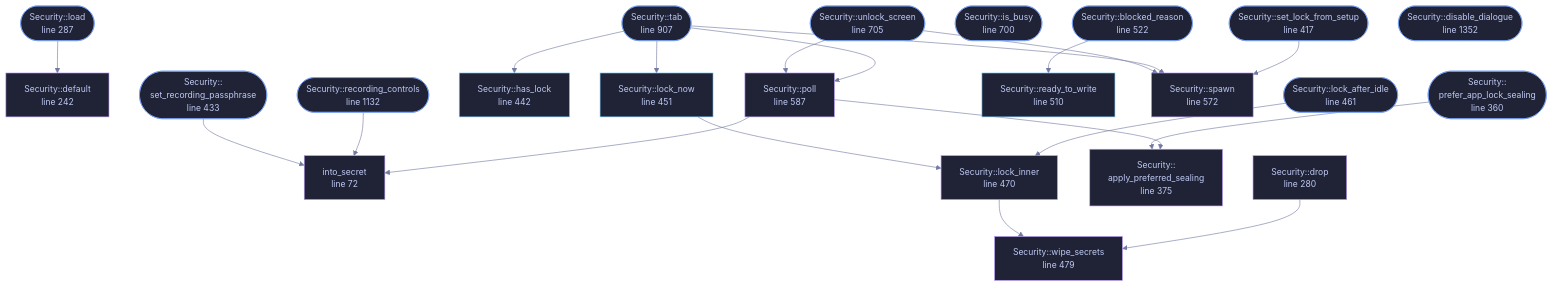
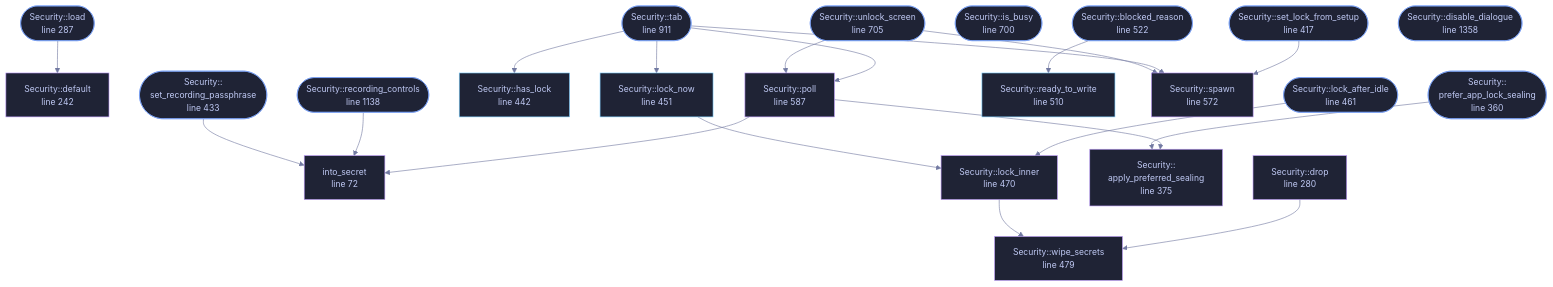
The diagram in docs/files/veilvoice-gui/security.md (tilas01/veilvoice), drawn with Mermaid before and after one commit. The commit also changed other lines of this file and 92 other files, not shown here.

````diff
--- a/docs/files/veilvoice-gui/security.md
+++ b/docs/files/veilvoice-gui/security.md
@@ -150,72 +150,72 @@
 ```mermaid
 %%{init: {"theme":"base","themeVariables":{"background":"#1a1b26","primaryColor":"#1f2335","primaryTextColor":"#c0caf5","primaryBorderColor":"#7aa2f7","secondaryColor":"#16161e","tertiaryColor":"#16161e","lineColor":"#737aa2","textColor":"#c0caf5","mainBkg":"#1f2335","nodeBorder":"#7aa2f7","clusterBkg":"#16161e","clusterBorder":"#2f3549","fontFamily":"ui-monospace, SFMono-Regular, Consolas, monospace","fontSize":"14px"}}}%%
 flowchart TD
     n_into_secret["into_secret<br/>line 72"]
     n_default["Security::default<br/>line 242"]
     n_drop["Security::drop<br/>line 280"]
     n_load(["Security::load<br/>line 287"])
     n_prefer_app_lock_sealing(["Security::<br/>prefer_app_lock_sealing<br/>line 360"])
     n_apply_preferred_sealing["Security::<br/>apply_preferred_sealing<br/>line 375"]
     n_set_lock_from_setup(["Security::set_lock_from_setup<br/>line 417"])
     n_set_recording_passphrase(["Security::<br/>set_recording_passphrase<br/>line 433"])
     n_has_lock["Security::has_lock<br/>line 442"]
     n_lock_now["Security::lock_now<br/>line 451"]
     n_lock_after_idle(["Security::lock_after_idle<br/>line 461"])
     n_lock_inner["Security::lock_inner<br/>line 470"]
     n_wipe_secrets["Security::wipe_secrets<br/>line 479"]
     n_ready_to_write["Security::ready_to_write<br/>line 510"]
     n_blocked_reason(["Security::blocked_reason<br/>line 522"])
     n_spawn["Security::spawn<br/>line 572"]
     n_poll["Security::poll<br/>line 587"]
     n_is_busy(["Security::is_busy<br/>line 700"])
     n_unlock_screen(["Security::unlock_screen<br/>line 705"])
-    n_tab(["Security::tab<br/>line 907"])
-    n_recording_controls(["Security::recording_controls<br/>line 1132"])
-    n_disable_dialogue(["Security::disable_dialogue<br/>line 1352"])
+    n_tab(["Security::tab<br/>line 911"])
+    n_recording_controls(["Security::recording_controls<br/>line 1138"])
+    n_disable_dialogue(["Security::disable_dialogue<br/>line 1358"])
     n_blocked_reason --> n_ready_to_write
     n_drop --> n_wipe_secrets
     n_load --> n_default
     n_lock_after_idle --> n_lock_inner
     n_lock_inner --> n_wipe_secrets
     n_lock_now --> n_lock_inner
     n_poll --> n_apply_preferred_sealing
     n_poll --> n_into_secret
     n_prefer_app_lock_sealing --> n_apply_preferred_sealing
     n_recording_controls --> n_into_secret
     n_set_lock_from_setup --> n_spawn
     n_set_recording_passphrase --> n_into_secret
     n_tab --> n_has_lock
     n_tab --> n_lock_now
     n_tab --> n_poll
     n_tab --> n_spawn
     n_unlock_screen --> n_poll
     n_unlock_screen --> n_spawn
     click n_into_secret href "https://github.com/tilas01/veilvoice/blob/main/crates/veilvoice-gui/src/security.rs#L72" "open the source"
     click n_default href "https://github.com/tilas01/veilvoice/blob/main/crates/veilvoice-gui/src/security.rs#L242" "open the source"
     click n_drop href "https://github.com/tilas01/veilvoice/blob/main/crates/veilvoice-gui/src/security.rs#L280" "open the source"
     click n_load href "https://github.com/tilas01/veilvoice/blob/main/crates/veilvoice-gui/src/security.rs#L287" "open the source"
     click n_prefer_app_lock_sealing href "https://github.com/tilas01/veilvoice/blob/main/crates/veilvoice-gui/src/security.rs#L360" "open the source"
     click n_apply_preferred_sealing href "https://github.com/tilas01/veilvoice/blob/main/crates/veilvoice-gui/src/security.rs#L375" "open the source"
     click n_set_lock_from_setup href "https://github.com/tilas01/veilvoice/blob/main/crates/veilvoice-gui/src/security.rs#L417" "open the source"
     click n_set_recording_passphrase href "https://github.com/tilas01/veilvoice/blob/main/crates/veilvoice-gui/src/security.rs#L433" "open the source"
     click n_has_lock href "https://github.com/tilas01/veilvoice/blob/main/crates/veilvoice-gui/src/security.rs#L442" "open the source"
     click n_lock_now href "https://github.com/tilas01/veilvoice/blob/main/crates/veilvoice-gui/src/security.rs#L451" "open the source"
     click n_lock_after_idle href "https://github.com/tilas01/veilvoice/blob/main/crates/veilvoice-gui/src/security.rs#L461" "open the source"
     click n_lock_inner href "https://github.com/tilas01/veilvoice/blob/main/crates/veilvoice-gui/src/security.rs#L470" "open the source"
     click n_wipe_secrets href "https://github.com/tilas01/veilvoice/blob/main/crates/veilvoice-gui/src/security.rs#L479" "open the source"
     click n_ready_to_write href "https://github.com/tilas01/veilvoice/blob/main/crates/veilvoice-gui/src/security.rs#L510" "open the source"
     click n_blocked_reason href "https://github.com/tilas01/veilvoice/blob/main/crates/veilvoice-gui/src/security.rs#L522" "open the source"
     click n_spawn href "https://github.com/tilas01/veilvoice/blob/main/crates/veilvoice-gui/src/security.rs#L572" "open the source"
     click n_poll href "https://github.com/tilas01/veilvoice/blob/main/crates/veilvoice-gui/src/security.rs#L587" "open the source"
     click n_is_busy href "https://github.com/tilas01/veilvoice/blob/main/crates/veilvoice-gui/src/security.rs#L700" "open the source"
     click n_unlock_screen href "https://github.com/tilas01/veilvoice/blob/main/crates/veilvoice-gui/src/security.rs#L705" "open the source"
-    click n_tab href "https://github.com/tilas01/veilvoice/blob/main/crates/veilvoice-gui/src/security.rs#L907" "open the source"
-    click n_recording_controls href "https://github.com/tilas01/veilvoice/blob/main/crates/veilvoice-gui/src/security.rs#L1132" "open the source"
-    click n_disable_dialogue href "https://github.com/tilas01/veilvoice/blob/main/crates/veilvoice-gui/src/security.rs#L1352" "open the source"
+    click n_tab href "https://github.com/tilas01/veilvoice/blob/main/crates/veilvoice-gui/src/security.rs#L911" "open the source"
+    click n_recording_controls href "https://github.com/tilas01/veilvoice/blob/main/crates/veilvoice-gui/src/security.rs#L1138" "open the source"
+    click n_disable_dialogue href "https://github.com/tilas01/veilvoice/blob/main/crates/veilvoice-gui/src/security.rs#L1358" "open the source"
     classDef entry fill:#1f2335,stroke:#7aa2f7,color:#c0caf5
     class n_load,n_prefer_app_lock_sealing,n_set_lock_from_setup,n_set_recording_passphrase,n_lock_after_idle,n_blocked_reason,n_is_busy,n_unlock_screen,n_tab,n_recording_controls,n_disable_dialogue entry
     classDef api fill:#1f2335,stroke:#7dcfff,color:#c0caf5
     class n_has_lock,n_lock_now,n_ready_to_write api
     classDef helper fill:#1f2335,stroke:#bb9af7,color:#c0caf5
     class n_into_secret,n_default,n_drop,n_apply_preferred_sealing,n_lock_inner,n_wipe_secrets,n_spawn,n_poll helper
 ```
````
